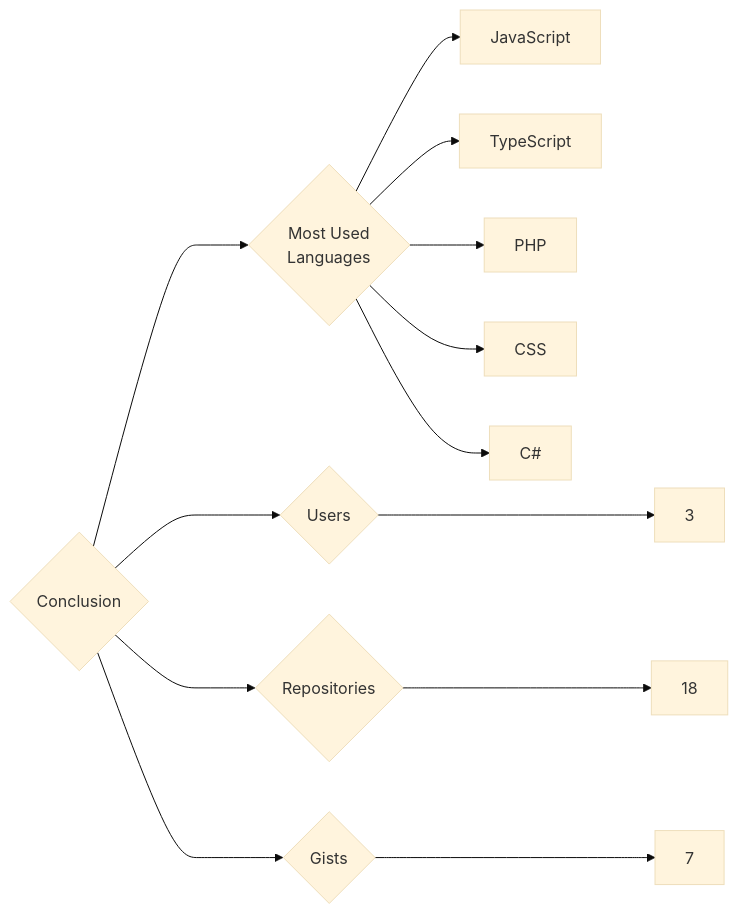
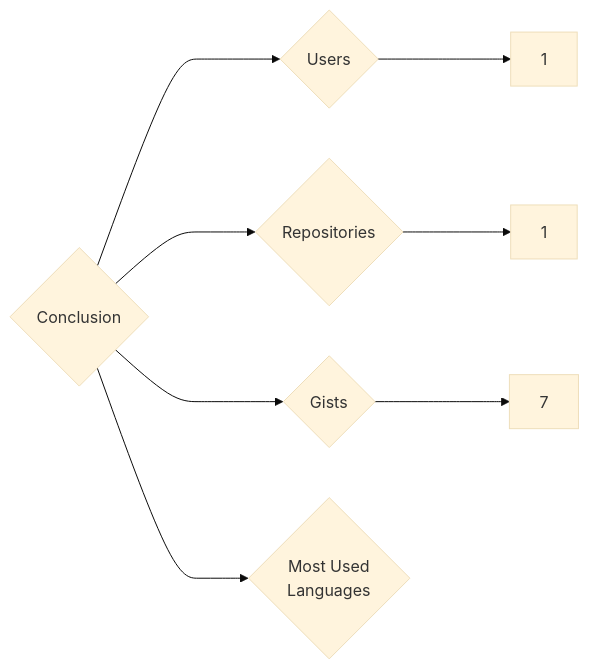
One commit to trickest/insiders changed the diagram in targets/Conclusion/README.md. Above: the diagram before and after it, drawn with Mermaid (base theme). The commit also changed 872 other files, not shown here.

````diff
--- a/targets/Conclusion/README.md
+++ b/targets/Conclusion/README.md
@@ -3,13 +3,8 @@
 ```mermaid
 graph LR
 COMPANY_NAME{Conclusion}
-COMPANY_NAME ---> U{Users} ---> UN[3]
-COMPANY_NAME ---> R{Repositories} ---> RN[18]
+COMPANY_NAME ---> U{Users} ---> UN[1]
+COMPANY_NAME ---> R{Repositories} ---> RN[1]
 COMPANY_NAME ---> G{Gists} ---> GN[7]
 COMPANY_NAME ---> ML{Most Used<br>Languages}
-ML --> JavaScript[JavaScript]
-ML --> TypeScript[TypeScript]
-ML --> PHP[PHP]
-ML --> CSS[CSS]
-ML --> C#[C#]
 ```
````
